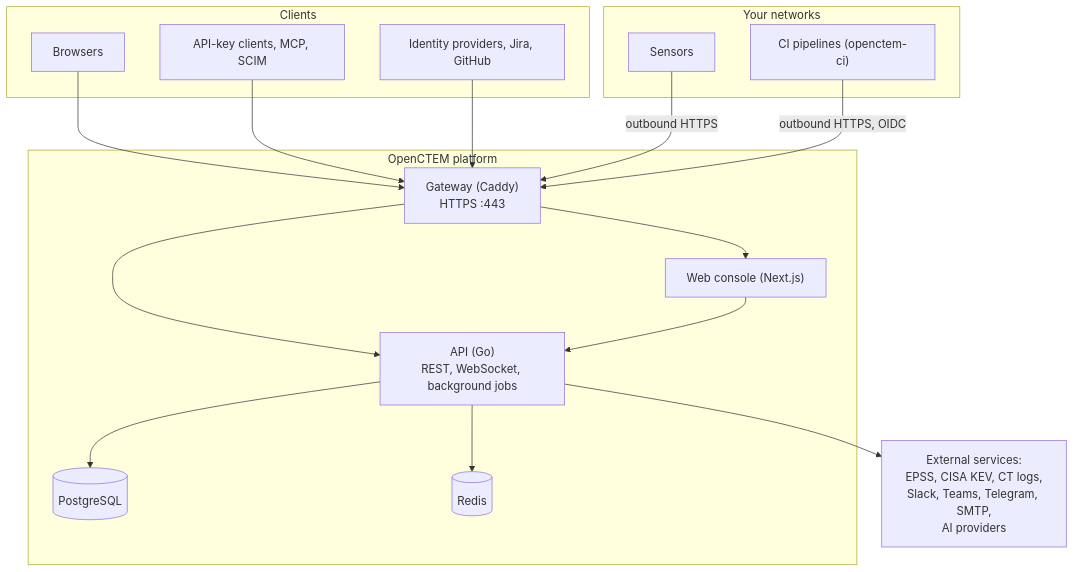
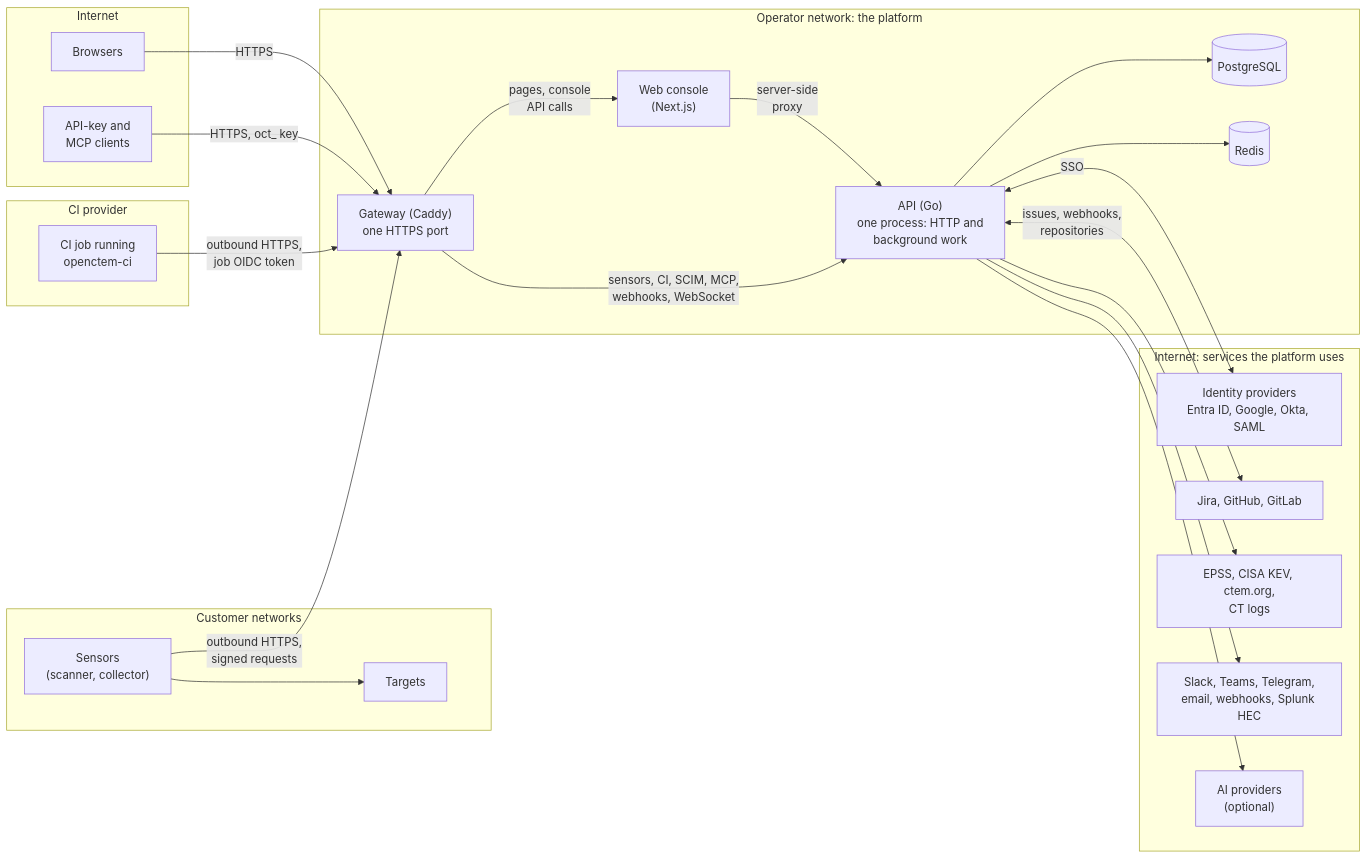
One commit to openctemio/docs changed the first of 4 diagrams in overview/architecture.md. Above: the diagram before and after it, drawn with Mermaid. The commit also changed other lines of this file and 13 other files, not shown here.

First line of the commit message:
docs: architecture, flow and data-model diagrams

````diff
--- a/overview/architecture.md
+++ b/overview/architecture.md
@@ -23,32 +23,44 @@
 ```mermaid
-flowchart TB
-    subgraph clients["Clients"]
-        BR[Browsers]
-        AK["API-key clients, MCP, SCIM"]
-        IDP["Identity providers, Jira, GitHub"]
+flowchart LR
+    subgraph inet["Internet"]
+        BR["Browsers"]
+        CLI["API-key and<br/>MCP clients"]
     end
-    subgraph platform["OpenCTEM platform"]
-        GW["Gateway (Caddy)<br/>HTTPS :443"]
-        WEB["Web console (Next.js)"]
-        API["API (Go)<br/>REST, WebSocket, background jobs"]
-        PG[(PostgreSQL)]
-        RD[(Redis)]
+    subgraph cip["CI provider"]
+        CIJ["CI job running<br/>openctem-ci"]
     end
-    subgraph yours["Your networks"]
-        SEN["Sensors"]
-        CI["CI pipelines (openctem-ci)"]
+    subgraph cust["Customer networks"]
+        SEN["Sensors<br/>(scanner, collector)"]
+        TGT["Targets"]
     end
-    EXT["External services:<br/>EPSS, CISA KEV, CT logs,<br/>Slack, Teams, Telegram, SMTP,<br/>AI providers"]
+    subgraph opnet["Operator network: the platform"]
+        GW["Gateway (Caddy)<br/>one HTTPS port"]
+        WEB["Web console<br/>(Next.js)"]
+        API["API (Go)<br/>one process: HTTP and<br/>background work"]
+        PG[("PostgreSQL")]
+        RD[("Redis")]
+    end
+    subgraph ext["Internet: services the platform uses"]
+        IDP["Identity providers<br/>Entra ID, Google, Okta, SAML"]
+        TIX["Jira, GitHub, GitLab"]
+        FEEDS["EPSS, CISA KEV, ctem.org,<br/>CT logs"]
+        NOTIF["Slack, Teams, Telegram,<br/>email, webhooks, Splunk HEC"]
+        AI["AI providers<br/>(optional)"]
+    end
 
-    BR --> GW
-    AK --> GW
-    IDP --> GW
-    SEN -->|"outbound HTTPS"| GW
-    CI -->|"outbound HTTPS, OIDC"| GW
-    GW --> WEB
-    GW --> API
-    WEB --> API
+    BR -->|HTTPS| GW
+    CLI -->|"HTTPS, oct_ key"| GW
+    CIJ -->|"outbound HTTPS,<br/>job OIDC token"| GW
+    SEN -->|"outbound HTTPS,<br/>signed requests"| GW
+    SEN --> TGT
+    GW -->|"pages, console<br/>API calls"| WEB
+    WEB -->|"server-side<br/>proxy"| API
+    GW -->|"sensors, CI, SCIM, MCP,<br/>webhooks, WebSocket"| API
     API --> PG
     API --> RD
-    API --> EXT
+    API <-->|"SSO"| IDP
+    API <-->|"issues, webhooks,<br/>repositories"| TIX
+    API --> FEEDS
+    API --> NOTIF
+    API --> AI
 ```
````
